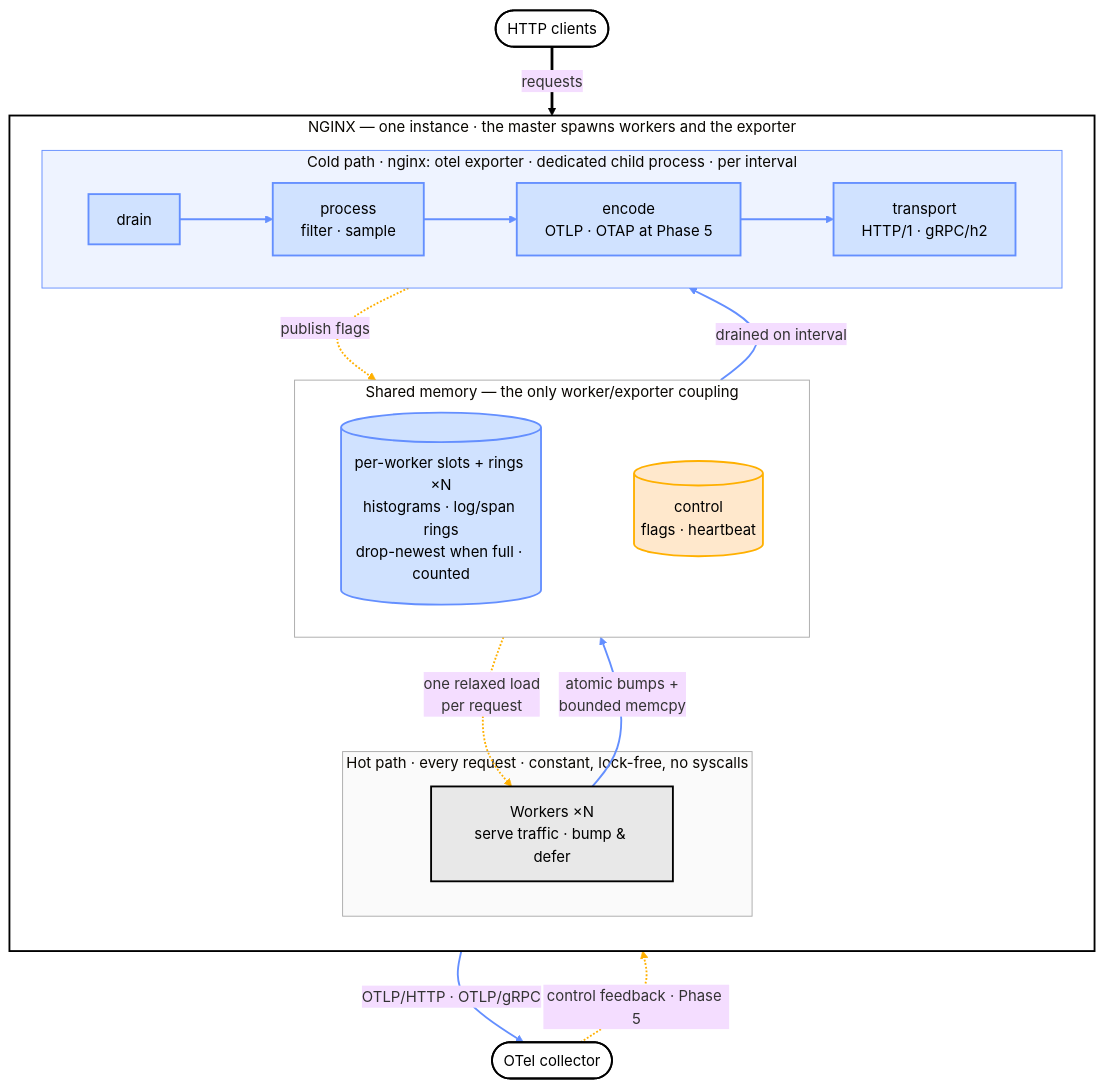
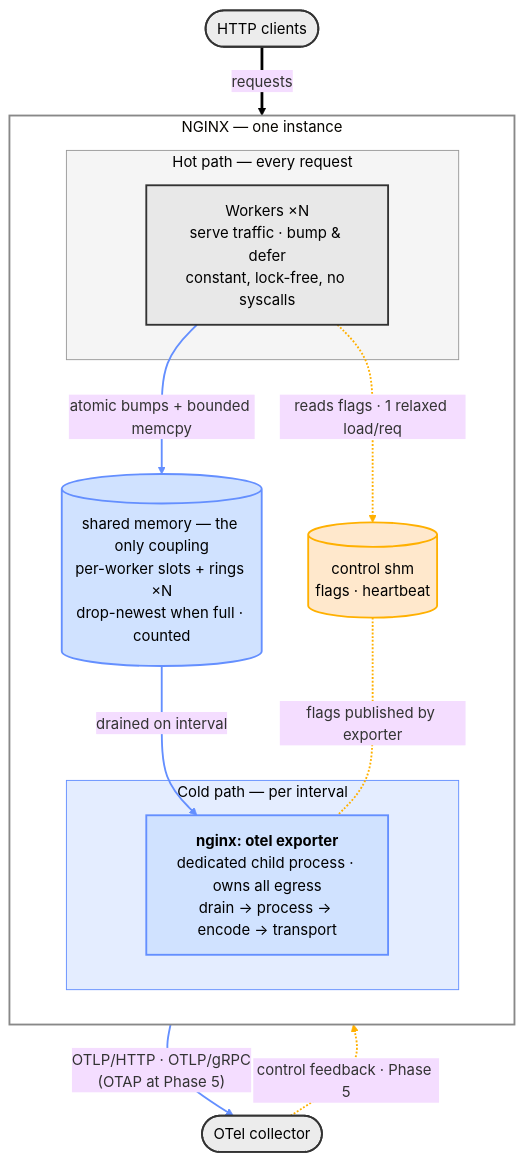
The diagram in README.md (CVanF5/ngx-otel-rust), drawn with Mermaid (base theme) before and after one commit. The commit also changed other lines of this file, not shown here.

Commit message:
docs(readme): fix architecture diagram rendering (kroki-verified)
Previous revision hit two mermaid limitations found by inspecting the rendered SVG: a subgraph's internal direction is ignored when its nodes have external edges (the exporter pipeline stacked vertically and the whole flow ran bottom-right to top-left), and cluster-level edges do not constrain dagre ranking (the cold band floated to the top). Fix: the pipeline is one node, all edges are node-level and point downstream (workers READ control flags), giving a deterministic 556px-wide top-to-bottom waterfall. Also removed all pure-white fills (dark-background clash) and the truncated container title; layout pitfalls documented in the HTML comment.

````diff
--- a/README.md
+++ b/README.md
@@ -65,45 +69,39 @@
 ```mermaid
 flowchart TB
     Client(["HTTP clients"]):::ext
 
-    subgraph NGINX["NGINX — one instance · the master spawns workers and the exporter"]
+    subgraph NGINX["NGINX — one instance"]
         direction TB
-        subgraph Hot["Hot path · every request · constant, lock-free, no syscalls"]
-            Workers["Workers ×N<br/>serve traffic · bump &amp; defer"]:::data
+        subgraph Hot["Hot path — every request"]
+            Workers["Workers ×N<br/>serve traffic · bump &amp; defer<br/>constant, lock-free, no syscalls"]:::data
         end
-        subgraph Buf["Shared memory — the only worker/exporter coupling"]
-            direction LR
-            SHM[("per-worker slots + rings ×N<br/>histograms · log/span rings<br/>drop-newest when full · counted")]:::tel
-            Ctl[("control<br/>flags · heartbeat")]:::ctl
-            SHM ~~~ Ctl
-        end
-        subgraph Cold["Cold path · nginx: otel exporter · dedicated child process · per interval"]
-            direction LR
-            Drain["drain"]:::tel --> Proc["process<br/>filter · sample"]:::tel --> Encode["encode<br/>OTLP · OTAP at Phase 5"]:::tel --> Tx["transport<br/>HTTP/1 · gRPC/h2"]:::tel
+        SHM[("shared memory — the only coupling<br/>per-worker slots + rings ×N<br/>drop-newest when full · counted")]:::tel
+        Ctl[("control shm<br/>flags · heartbeat")]:::ctl
+        subgraph Cold["Cold path — per interval"]
+            Exp["<b>nginx: otel exporter</b><br/>dedicated child process · owns all egress<br/>drain → process → encode → transport"]:::tel
         end
     end
 
     Coll(["OTel collector"]):::ext
 
     Client ==>|"requests"| Workers
-    Workers -->|"atomic bumps +<br/>bounded memcpy"| SHM
-    SHM -->|"drained on interval"| Drain
-    Tx -->|"OTLP/HTTP · OTLP/gRPC"| Coll
-    Cold -.->|"publish flags"| Ctl
-    Ctl -.->|"one relaxed load<br/>per request"| Workers
-    Coll -.->|"control feedback · Phase 5"| Tx
+    Workers -->|"atomic bumps + bounded memcpy"| SHM
+    Workers -.->|"reads flags · 1 relaxed load/req"| Ctl
+    SHM -->|"drained on interval"| Exp
+    Ctl -. "flags published by exporter" .- Exp
+    Exp -->|"OTLP/HTTP · OTLP/gRPC<br/>(OTAP at Phase 5)"| Coll
+    Coll -.->|"control feedback · Phase 5"| Exp
 
-    classDef data fill:#e8e8e8,stroke:#000000,stroke-width:2px,color:#000000;
+    classDef data fill:#e8e8e8,stroke:#333333,stroke-width:2px,color:#000000;
     classDef tel fill:#d0e2ff,stroke:#648FFF,stroke-width:2px,color:#000000;
     classDef ctl fill:#ffe8cc,stroke:#FFB000,stroke-width:2px,color:#000000;
-    classDef ext fill:#ffffff,stroke:#000000,stroke-width:2px,color:#000000;
+    classDef ext fill:#ececec,stroke:#333333,stroke-width:2px,color:#000000;
 
-    style Hot fill:#fafafa,stroke:#aaaaaa,stroke-width:1px;
-    style Buf fill:#ffffff,stroke:#aaaaaa,stroke-width:1px;
-    style Cold fill:#eef3ff,stroke:#648FFF,stroke-width:1px;
-    style NGINX fill:#ffffff,stroke:#000000,stroke-width:2px;
+    style Hot fill:#f5f5f5,stroke:#999999,stroke-width:1px,color:#000000;
+    style Cold fill:#e4edff,stroke:#648FFF,stroke-width:1px,color:#000000;
+    style NGINX fill:transparent,stroke:#888888,stroke-width:2px;
 
-    linkStyle 1,2,3,5,6,7 stroke:#648FFF,stroke-width:2px;
-    linkStyle 4 stroke:#000000,stroke-width:3px;
-    linkStyle 8,9,10 stroke:#FFB000,stroke-width:2px;
+    linkStyle 1,3,5 stroke:#648FFF,stroke-width:2px;
+    linkStyle 0 stroke:#000000,stroke-width:3px;
+    linkStyle 2,4,6 stroke:#FFB000,stroke-width:2px;
 ```
````
